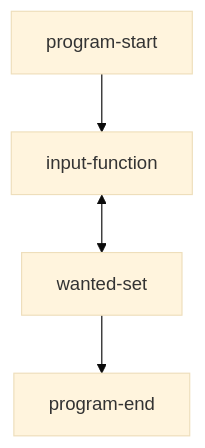
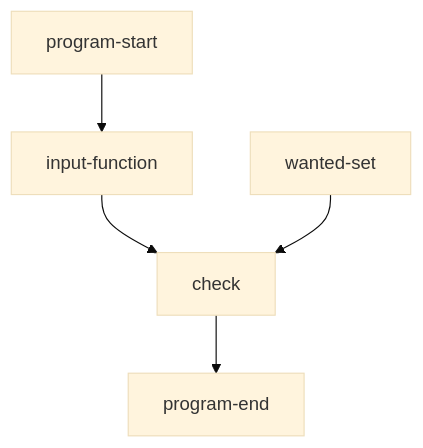
The first of 2 diagrams in obsidian docs/redesign - The game's requirements/user input processing/input to ordered-set/standard.md (OdedYanovich/Tinkering), drawn with Mermaid (base theme) before and after one commit. The commit also changed other lines of this file and 4 other files, not shown here.

````diff
--- a/obsidian docs/redesign - The game's requirements/user input processing/input to ordered-set/standard.md
+++ b/obsidian docs/redesign - The game's requirements/user input processing/input to ordered-set/standard.md
@@ -2,4 +2,5 @@
 ```mermaid
 flowchart TD
-program-start --> input-function <--> wanted-set --> program-end 
+program-start --> input-function --> check --> program-end 
+wanted-set --> check
 ```
````
